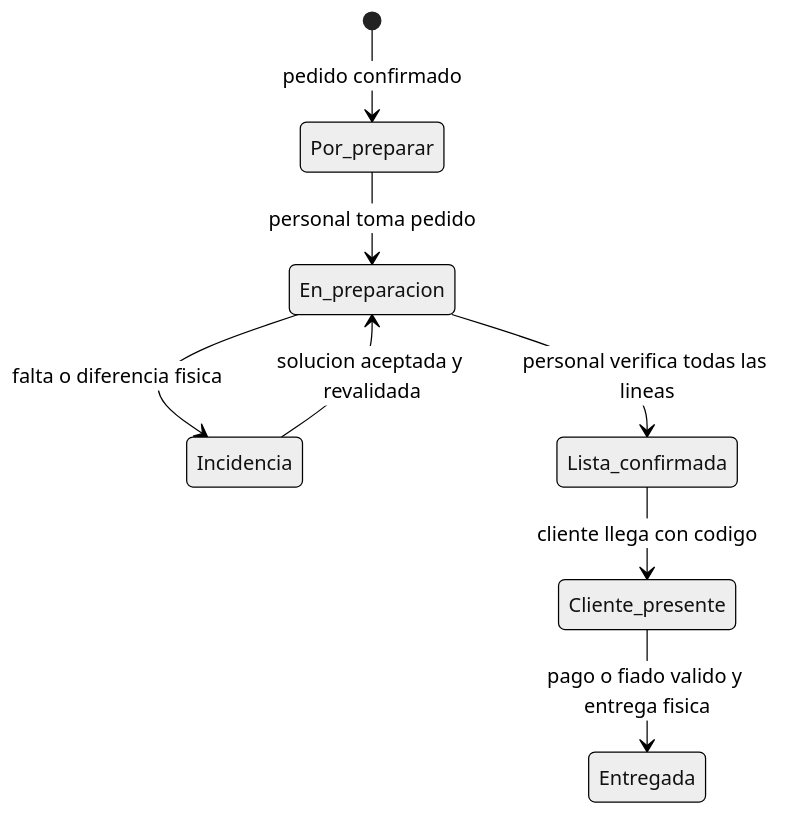
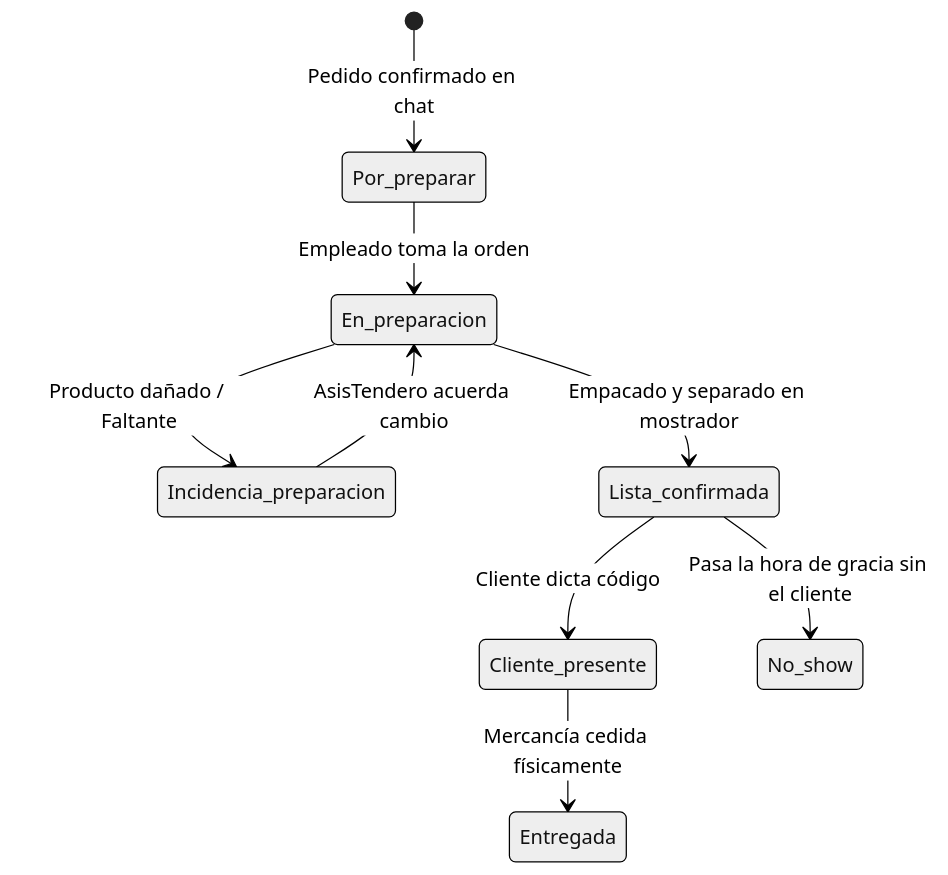
Before and after one commit to JulianCVM/AsisTendero: the third of 3 diagrams in contexto/definiciones/PT-003_BORRADOR.md, drawn with Mermaid (neutral theme). The commit also changed other lines of this file, not shown here.

````diff
--- a/contexto/definiciones/PT-003_BORRADOR.md
+++ b/contexto/definiciones/PT-003_BORRADOR.md
@@ -151,10 +110,12 @@
 ```mermaid
 stateDiagram-v2
-  [*] --> Por_preparar: pedido confirmado
-  Por_preparar --> En_preparacion: personal toma pedido
-  En_preparacion --> Incidencia: falta o diferencia fisica
-  Incidencia --> En_preparacion: solucion aceptada y revalidada
-  En_preparacion --> Lista_confirmada: personal verifica todas las lineas
-  Lista_confirmada --> Cliente_presente: cliente llega con codigo
-  Cliente_presente --> Entregada: pago o fiado valido y entrega fisica
+  [*] --> Por_preparar: Pedido confirmado en chat
+  Por_preparar --> En_preparacion: Empleado toma la orden
+  En_preparacion --> Incidencia_preparacion: Producto dañado / Faltante
+  Incidencia_preparacion --> En_preparacion: AsisTendero acuerda cambio
+  En_preparacion --> Lista_confirmada: Empacado y separado en mostrador
+  Lista_confirmada --> Cliente_presente: Cliente dicta código
+  Lista_confirmada --> No_show: Pasa la hora de gracia sin el cliente
+  Cliente_presente --> Entregada: Mercancía cedida físicamente
+
 ```
````
